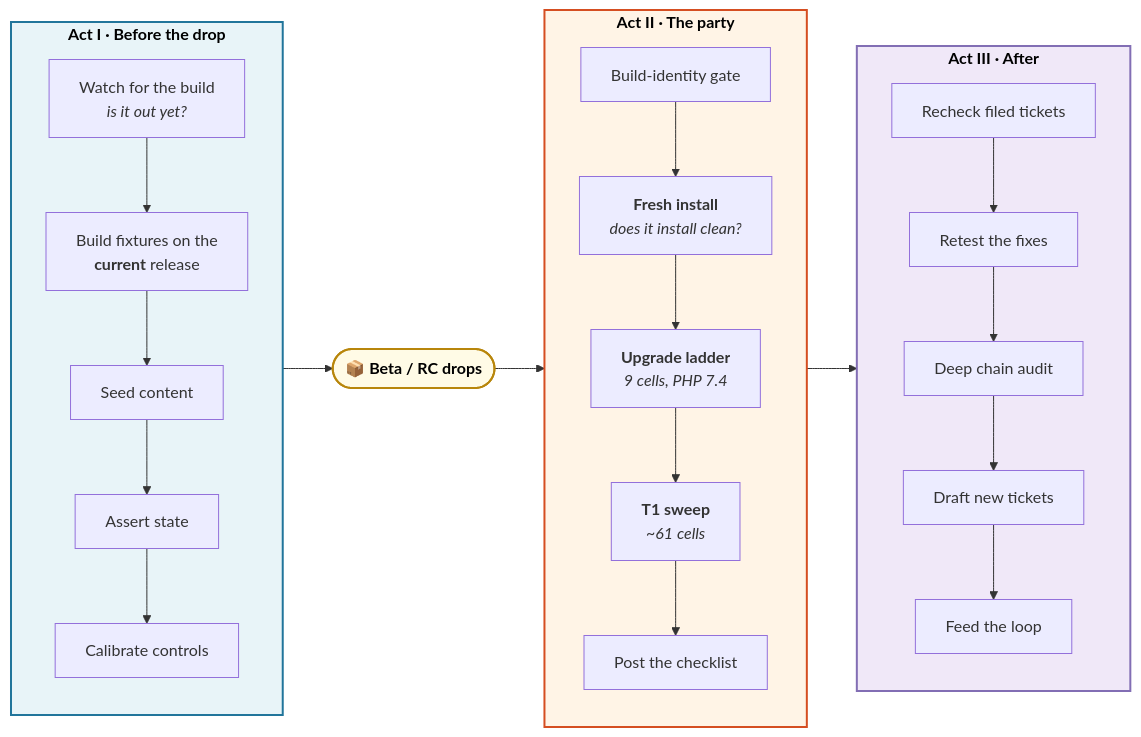
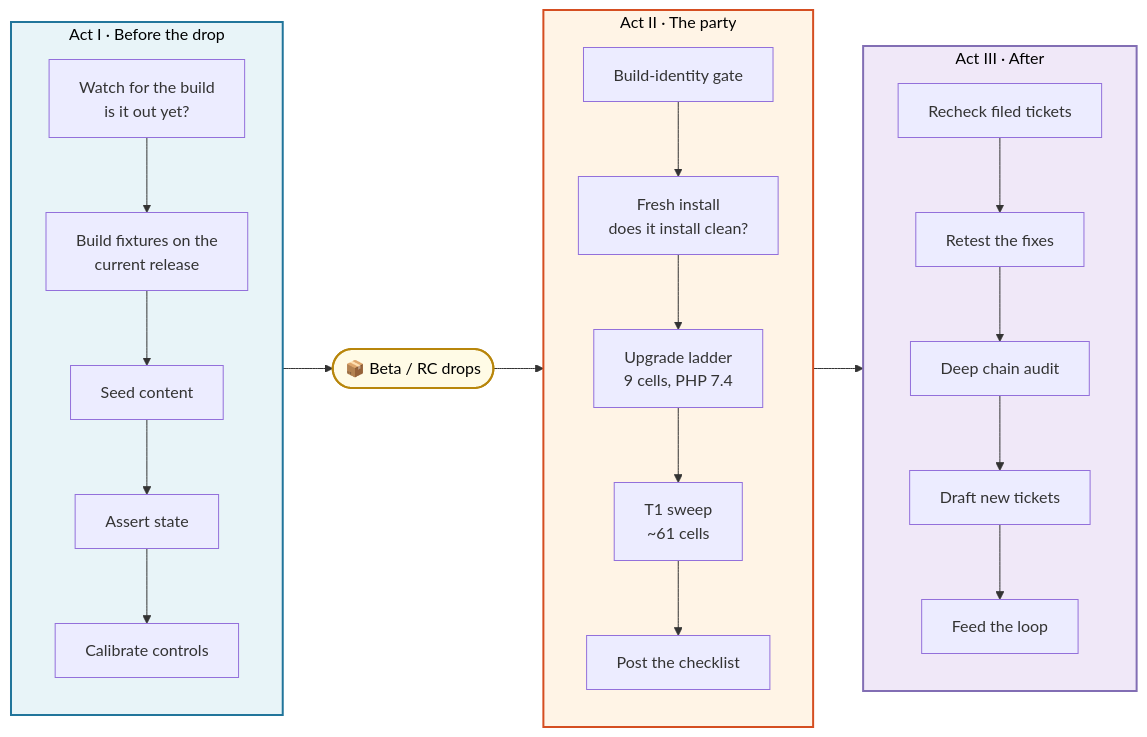
The third of 5 diagrams in README.md (courtneyr-dev/wp-release-audit-method), drawn with Mermaid before and after one commit. The commit also changed other lines of this file and 4 other files, not shown here.

First line of the commit message:
🐛 Strip HTML tags from mermaid labels so GitHub will render the diagrams

````diff
--- a/README.md
+++ b/README.md
@@ -408,36 +484,36 @@
 ```mermaid
 flowchart LR
-    subgraph ACT1["<b>Act I · Before the drop</b>"]
+    subgraph ACT1["Act I · Before the drop"]
         direction TB
-        A1["Watch for the build<br/><i>is it out yet?</i>"] --> A2["Build fixtures on the<br/><b>current</b> release"]
+        A1["Watch for the build<br/>is it out yet?"] --> A2["Build fixtures on the<br/>current release"]
         A2 --> A3["Seed content"]
         A3 --> A4["Assert state"]
         A4 --> A5["Calibrate controls"]
     end
 
-    DROP(["📦 <b>Beta / RC drops</b>"])
+    DROP(["📦 Beta / RC drops"])
 
-    subgraph ACT2["<b>Act II · The party</b>"]
+    subgraph ACT2["Act II · The party"]
         direction TB
-        B1["Build-identity gate"] --> B2["<b>Fresh install</b><br/><i>does it install clean?</i>"]
-        B2 --> B3["<b>Upgrade ladder</b><br/><i>9 cells, PHP 7.4</i>"]
-        B3 --> B4["<b>T1 sweep</b><br/><i>~61 cells</i>"]
+        B1["Build-identity gate"] --> B2["Fresh install<br/>does it install clean?"]
+        B2 --> B3["Upgrade ladder<br/>9 cells, PHP 7.4"]
+        B3 --> B4["T1 sweep<br/>~61 cells"]
         B4 --> B5["Post the checklist"]
     end
 
-    subgraph ACT3["<b>Act III · After</b>"]
+    subgraph ACT3["Act III · After"]
         direction TB
         C1["Recheck filed tickets"] --> C2["Retest the fixes"]
         C2 --> C3["Deep chain audit"]
         C3 --> C4["Draft new tickets"]
         C4 --> C5["Feed the loop"]
     end
 
     A5 --> DROP --> B1
     B5 --> C1
 
     style ACT1 fill:#e8f4f8,stroke:#21759B,stroke-width:2px,color:#000
     style DROP fill:#fffbe6,stroke:#b8860b,stroke-width:2px,color:#000
     style ACT2 fill:#fff4e6,stroke:#D54E21,stroke-width:2px,color:#000
     style ACT3 fill:#f0e8f8,stroke:#826EB4,stroke-width:2px,color:#000
 ```
````
